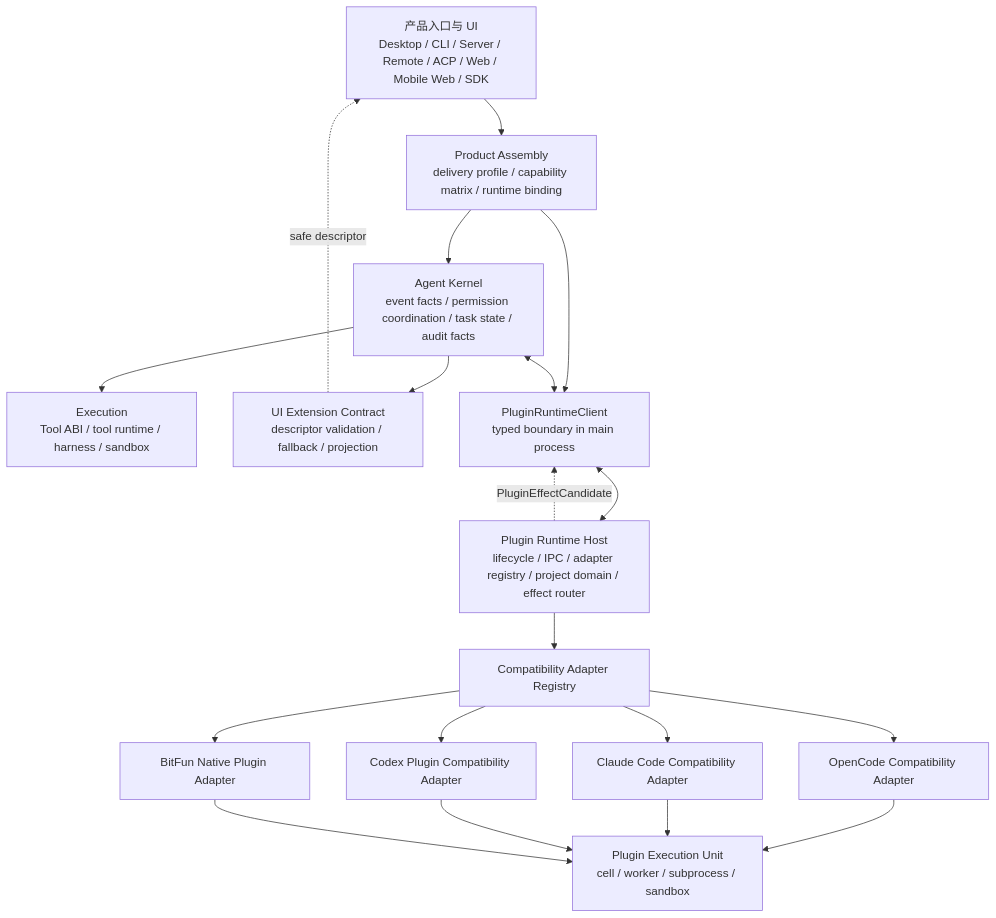
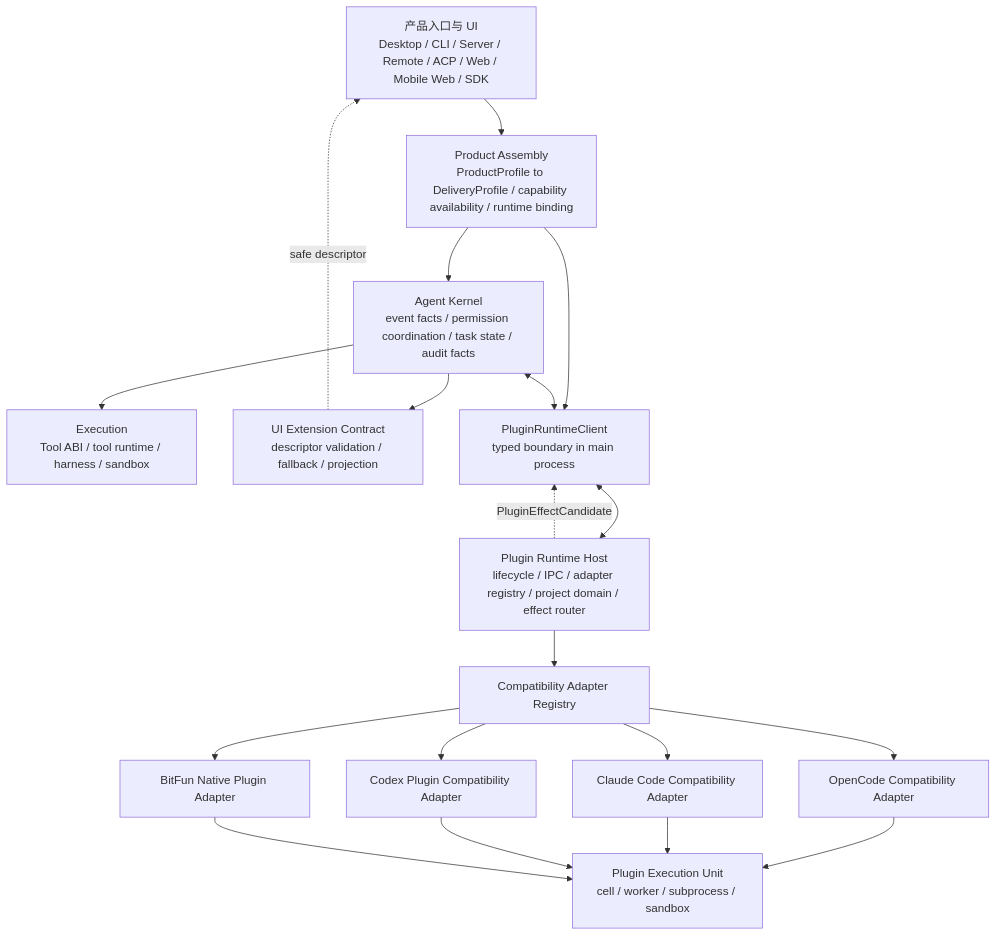
One commit to 1688mengdie/BitFun changed the first of 4 diagrams in docs/architecture/plugin-runtime-host-design.md. Above: the diagram before and after it, drawn with Mermaid. The commit also changed other lines of this file and 3 other files, not shown here.

Commit message:
docs(architecture): clarify product runtime architecture

````diff
--- a/docs/architecture/plugin-runtime-host-design.md
+++ b/docs/architecture/plugin-runtime-host-design.md
@@ -41,35 +63,35 @@
 ```mermaid
 flowchart TB
   Surface["产品入口与 UI<br/>Desktop / CLI / Server / Remote / ACP / Web / Mobile Web / SDK"]
-  Assembly["Product Assembly<br/>delivery profile / capability matrix / runtime binding"]
+  Assembly["Product Assembly<br/>ProductProfile to DeliveryProfile / capability availability / runtime binding"]
   Kernel["Agent Kernel<br/>event facts / permission coordination / task state / audit facts"]
   Execution["Execution<br/>Tool ABI / tool runtime / harness / sandbox"]
   UIExt["UI Extension Contract<br/>descriptor validation / fallback / projection"]
   Client["PluginRuntimeClient<br/>typed boundary in main process"]
   Host["Plugin Runtime Host<br/>lifecycle / IPC / adapter registry / project domain / effect router"]
   Registry["Compatibility Adapter Registry"]
   OpenCode["OpenCode Compatibility Adapter"]
   Claude["Claude Code Compatibility Adapter"]
   Codex["Codex Plugin Compatibility Adapter"]
   Native["BitFun Native Plugin Adapter"]
   Unit["Plugin Execution Unit<br/>cell / worker / subprocess / sandbox"]
 
   Surface --> Assembly
   Assembly --> Kernel
   Assembly --> Client
   Kernel --> Execution
   Kernel --> UIExt
   Kernel <--> Client
   Client <--> Host
   Host --> Registry
   Registry --> OpenCode
   Registry --> Claude
   Registry --> Codex
   Registry --> Native
   OpenCode --> Unit
   Claude --> Unit
   Codex --> Unit
   Native --> Unit
   Host -. "PluginEffectCandidate" .-> Client
   UIExt -. "safe descriptor" .-> Surface
 ```
````
